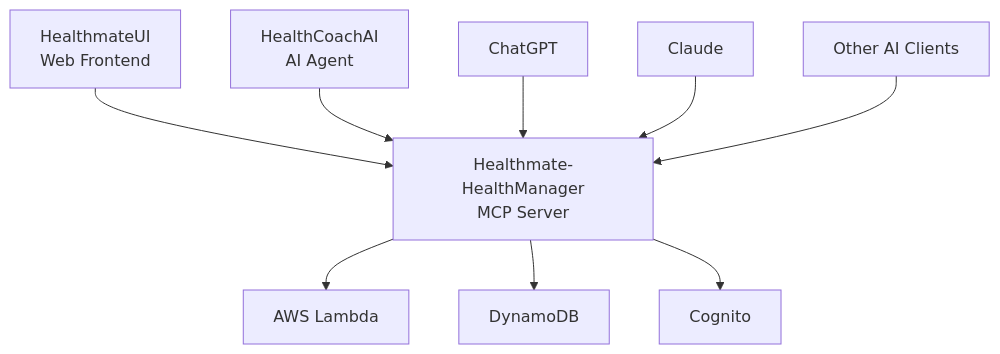
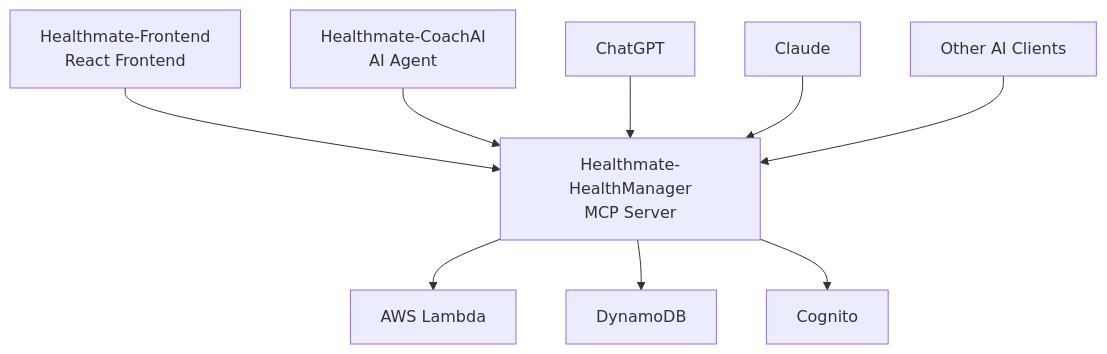
The first of 3 diagrams in README.md (tomofuminijo/HealthManagerMCP), drawn with Mermaid before and after one commit. The commit also changed other lines of this file, not shown here.

````diff
--- a/README.md
+++ b/README.md
@@ -49,12 +23,12 @@
 ```mermaid
 graph TB
-    A[HealthmateUI<br/>Web Frontend] --> B[Healthmate-HealthManager<br/>MCP Server]
-    C[HealthCoachAI<br/>AI Agent] --> B
+    A[Healthmate-Frontend<br/>React Frontend] --> B[Healthmate-HealthManager<br/>MCP Server]
+    C[Healthmate-CoachAI<br/>AI Agent] --> B
     D[ChatGPT] --> B
     E[Claude] --> B
     F[Other AI Clients] --> B
     
     B --> G[AWS Lambda]
     B --> H[DynamoDB]
     B --> I[Cognito]
 ```
````
